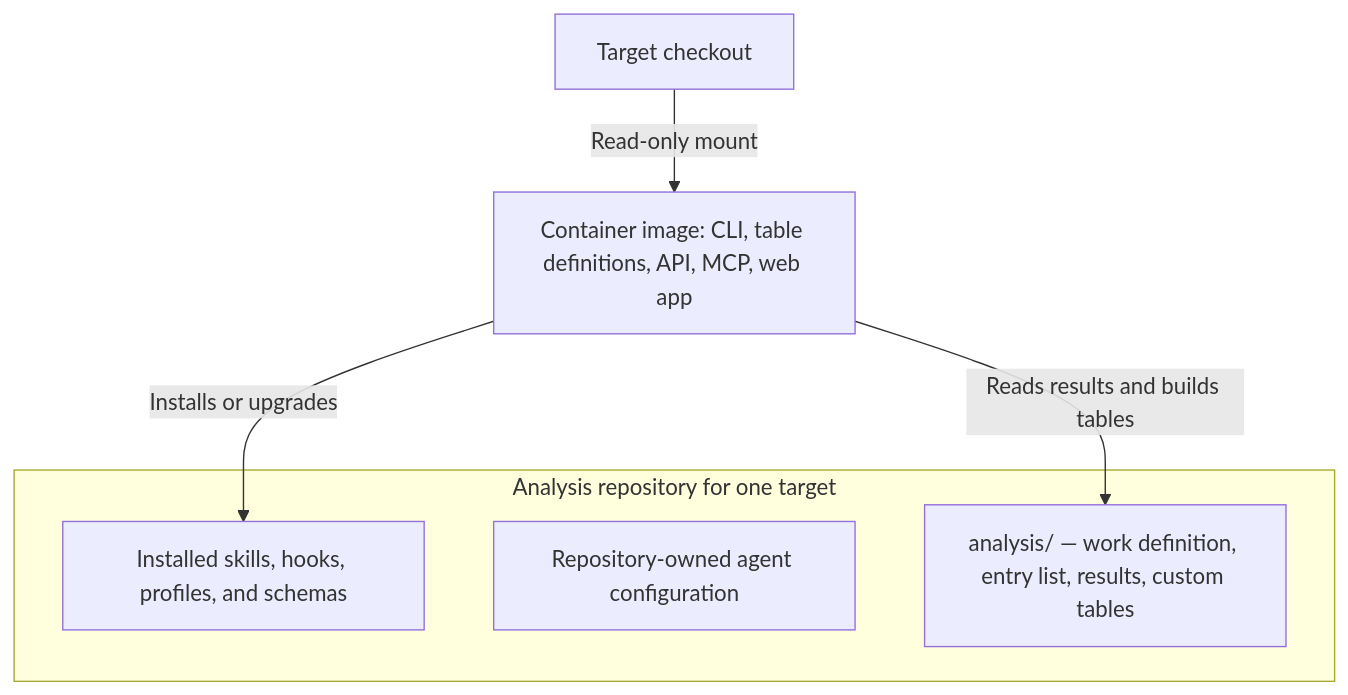
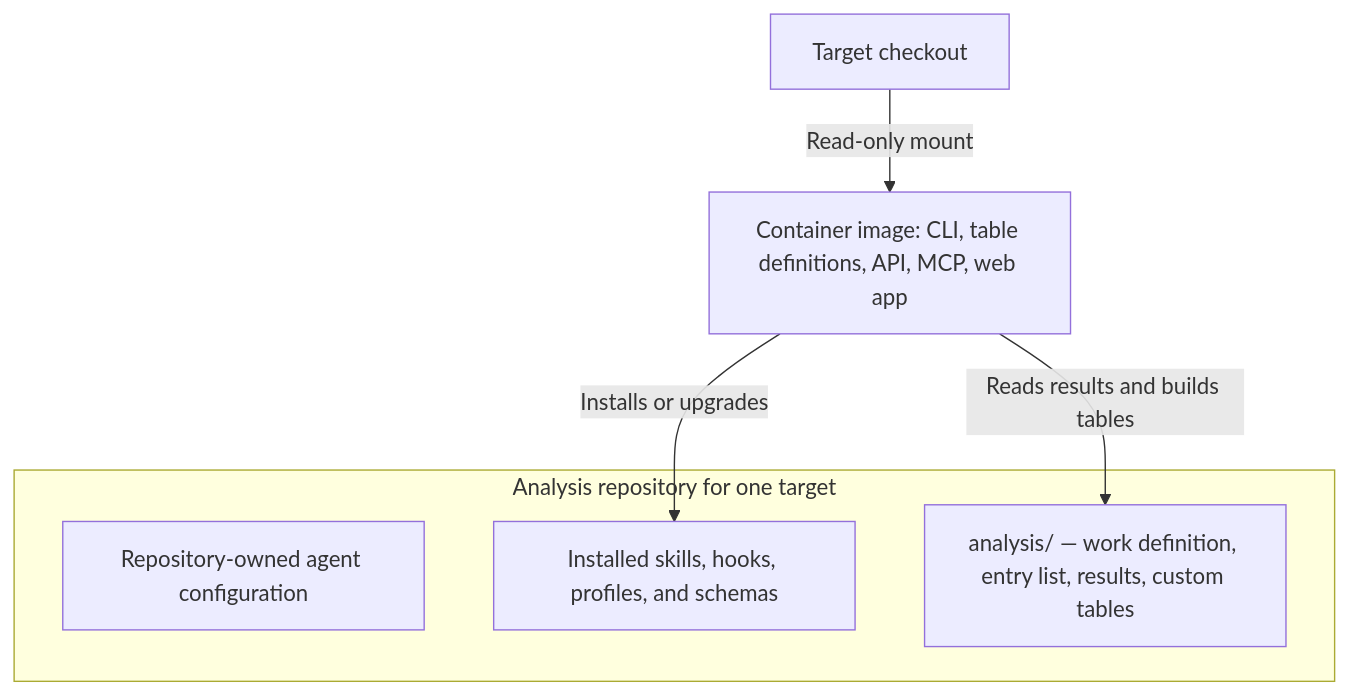
The third of 3 diagrams in README.md (suwa-sh/as-built-atlas), drawn with Mermaid before and after one commit. The commit also changed 4 other files, not shown here.

First line of the commit message:
更新のコマンドの仕様をコマンドごとに組み替え、README の図と手順表を直す

````diff
--- a/README.md
+++ b/README.md
@@ -218,11 +218,11 @@
 ```mermaid
 flowchart TB
   subgraph R["Analysis repository for one target"]
+    H["Repository-owned agent configuration"]
     O["Installed skills, hooks, profiles, and schemas"]
-    H["Repository-owned agent configuration"]
     A["analysis/ — work definition, entry list, results, custom tables"]
   end
-  I["Container image: CLI, table definitions, API, MCP, web app"] -->|Reads results and builds tables| A
+  T["Target checkout"] -->|Read-only mount| I["Container image: CLI, table definitions, API, MCP, web app"]
   I -->|Installs or upgrades| O
-  T["Target checkout"] -->|Read-only mount| I
+  I -->|Reads results and builds tables| A
 ```
````
